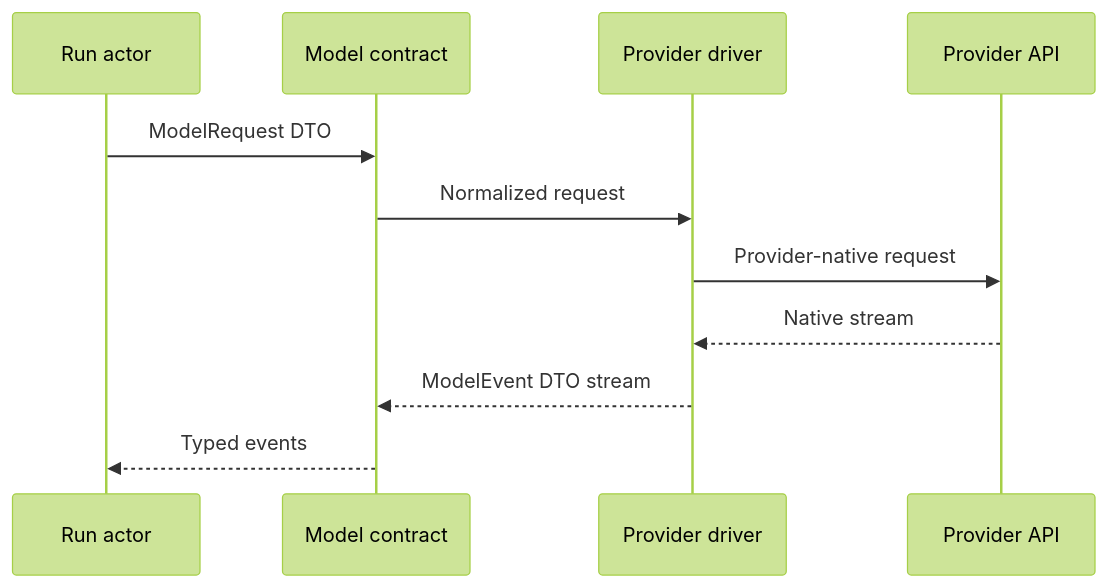
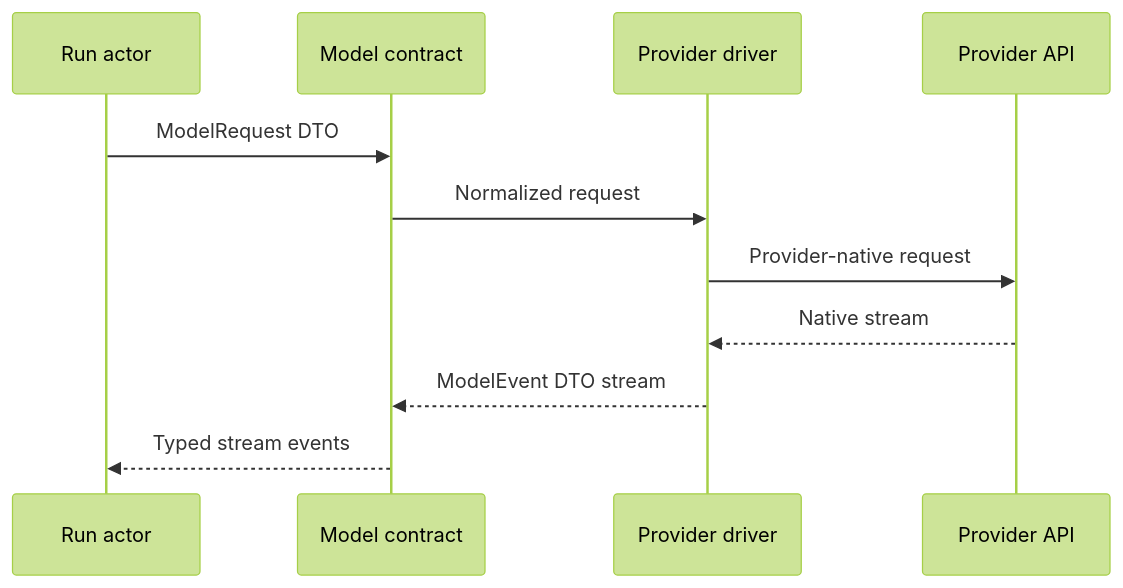
One commit to y0tsy/intention-relay changed the diagram in docs/intention-relay/architecture/08-model-protocol-and-providers.md. Above: the diagram before and after it, drawn with Mermaid (forest theme). The commit also changed other lines of this file and 288 other files, not shown here.

````diff
--- a/docs/intention-relay/architecture/08-model-protocol-and-providers.md
+++ b/docs/intention-relay/architecture/08-model-protocol-and-providers.md
@@ -79,14 +69,14 @@
 ```mermaid
 sequenceDiagram
   participant R as Run actor
   participant M as Model contract
   participant P as Provider driver
   participant X as Provider API
 
   R->>M: ModelRequest DTO
   M->>P: Normalized request
   P->>X: Provider-native request
   X-->>P: Native stream
   P-->>M: ModelEvent DTO stream
-  M-->>R: Typed events
+  M-->>R: Typed stream events
 ```
````
